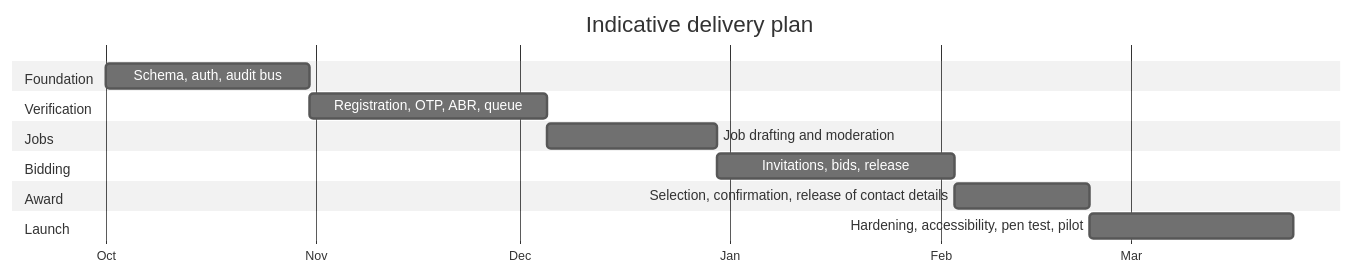
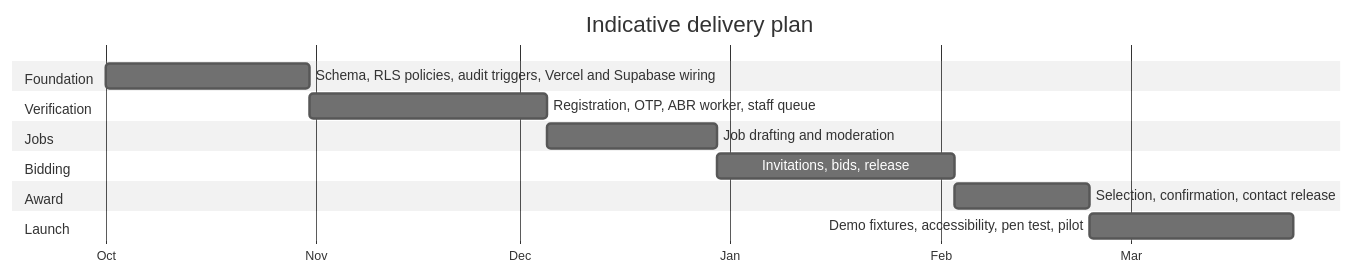
Diagram 11 of 11 in docs/SPEC.md (andrewbruno/ab-verified), drawn with Mermaid (neutral theme) before and after one commit. The commit also changed other lines of this file, not shown here.

First line of the commit message:
Rework the spec for Vercel, Supabase and RLS

````diff
--- a/docs/SPEC.md
+++ b/docs/SPEC.md
@@ -725,18 +1013,18 @@
 ```mermaid
 gantt
     title Indicative delivery plan
     dateFormat YYYY-MM-DD
     axisFormat %b
     section Foundation
-    Schema, auth, audit bus        :m1, 2026-10-01, 30d
+    Schema, RLS policies, audit triggers, Vercel and Supabase wiring :m1, 2026-10-01, 30d
     section Verification
-    Registration, OTP, ABR, queue  :m2, after m1, 35d
+    Registration, OTP, ABR worker, staff queue :m2, after m1, 35d
     section Jobs
-    Job drafting and moderation    :m3, after m2, 25d
+    Job drafting and moderation :m3, after m2, 25d
     section Bidding
-    Invitations, bids, release     :m4, after m3, 35d
+    Invitations, bids, release :m4, after m3, 35d
     section Award
-    Selection, confirmation, release of contact details :m5, after m4, 20d
+    Selection, confirmation, contact release :m5, after m4, 20d
     section Launch
-    Hardening, accessibility, pen test, pilot :m6, after m5, 30d
+    Demo fixtures, accessibility, pen test, pilot :m6, after m5, 30d
 ```
````
